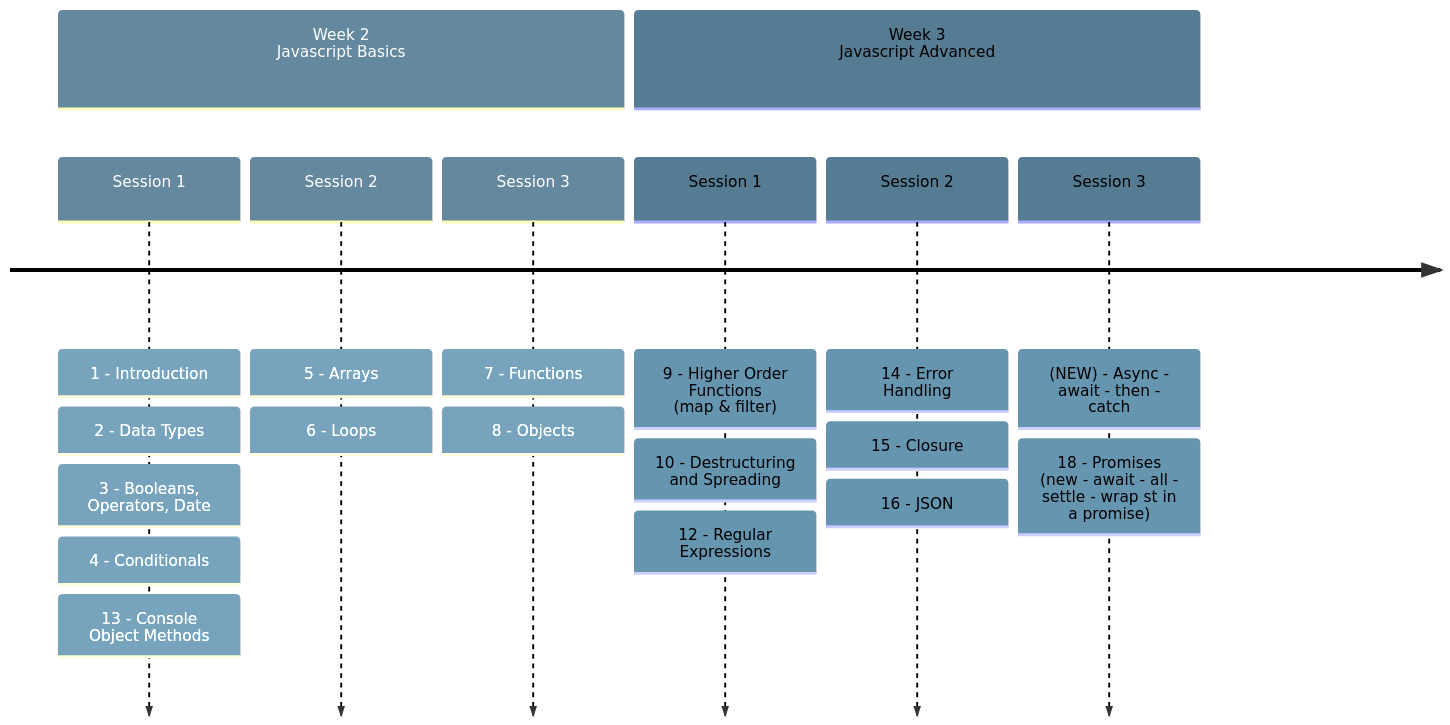
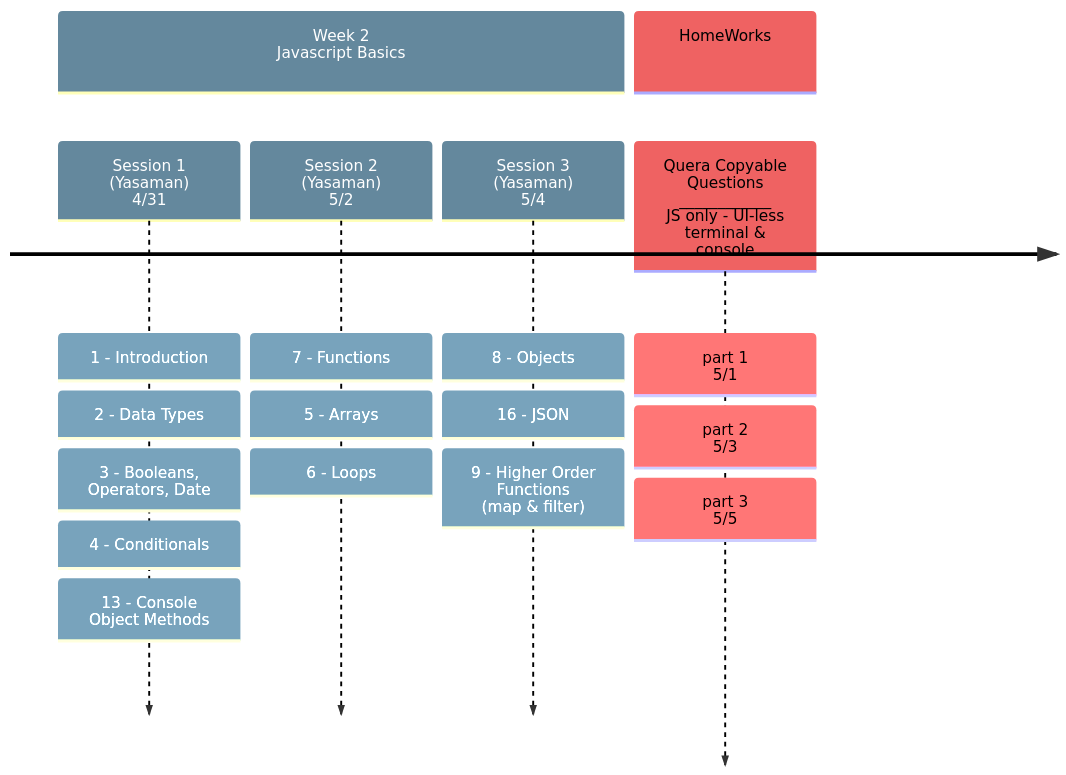
The second of 7 diagrams in README.md (aryansabet/FrontendBootcamp), drawn with Mermaid before and after one commit. The commit also changed other lines of this file, not shown here.

````diff
--- a/README.md
+++ b/README.md
@@ -31,38 +37,35 @@
 ```mermaid
 %%{init: { 'logLevel': 'debug', 'theme': 'default' , 'themeVariables': {
               'cScale0': '#64889D',
-              'cScale1': '#557C93',
+              'cScale1': '#EF6262',
               'cScale2': '#42657E',
               'cScale3': '#1C3754',
               'cScale4': '#42657E',
               'cScale5': '#557C93',
               'cScale6': '#1C3754',
               'cScale7': '#64889D'
        }  } }%%
 timeline
     section Week 2 <br> Javascript Basics
-        Session 1 
+        Session 1 <br>(Yasaman) <br> 4/31
             : 1 - Introduction
             : 2 - Data Types
             : 3 - Booleans, Operators, Date
             : 4 - Conditionals
             : 13 - Console Object Methods
-        Session 2 
+        Session 2 <br>(Yasaman) <br> 5/2
+            : 7 - Functions
             : 5	- Arrays
             : 6	- Loops
-        Session 3 
-            : 7 - Functions
+        Session 3 <br>(Yasaman) <br> 5/4
             : 8 - Objects
-    section Week 3 <br> Javascript Advanced
-        Session 1 
+            : 16 - JSON
             : 9 - Higher Order Functions <br> (map & filter)
-            : 10 - Destructuring and Spreading
-            : 12 - Regular Expressions
-        Session 2 
-            : 14 - Error Handling
-            : 15 - Closure
-            : 16 - JSON
-        Session 3 
-            : (NEW) - Async - await - then - catch
-            : 18 - Promises (new - await - all - settle - wrap st in a promise)
+    section HomeWorks 
+        Quera Copyable Questions <br> ____________ <br> JS only - UI-less<br> terminal & console
+            : part 1 <br> 5/1
+            : part 2 <br> 5/3
+            : part 3 <br> 5/5
+
+    
 ```
````
